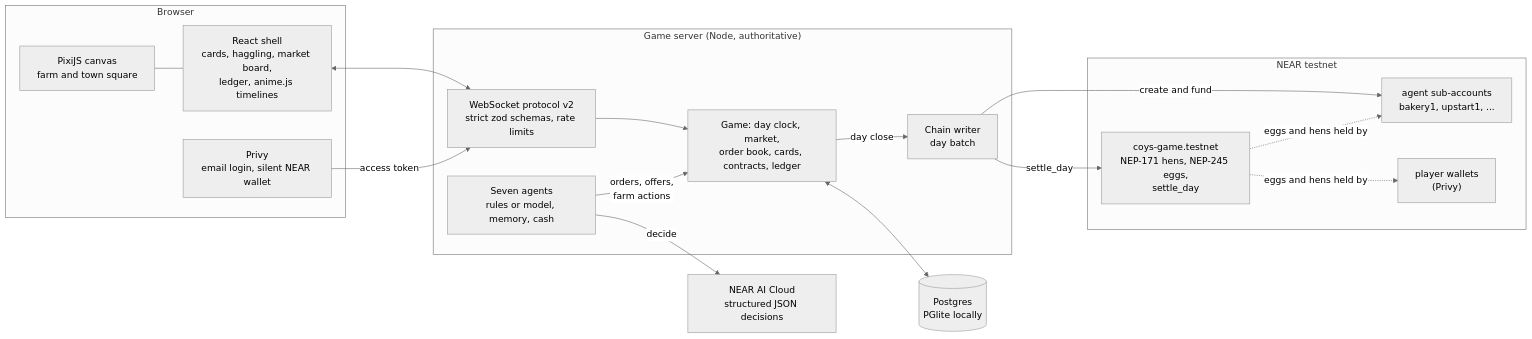
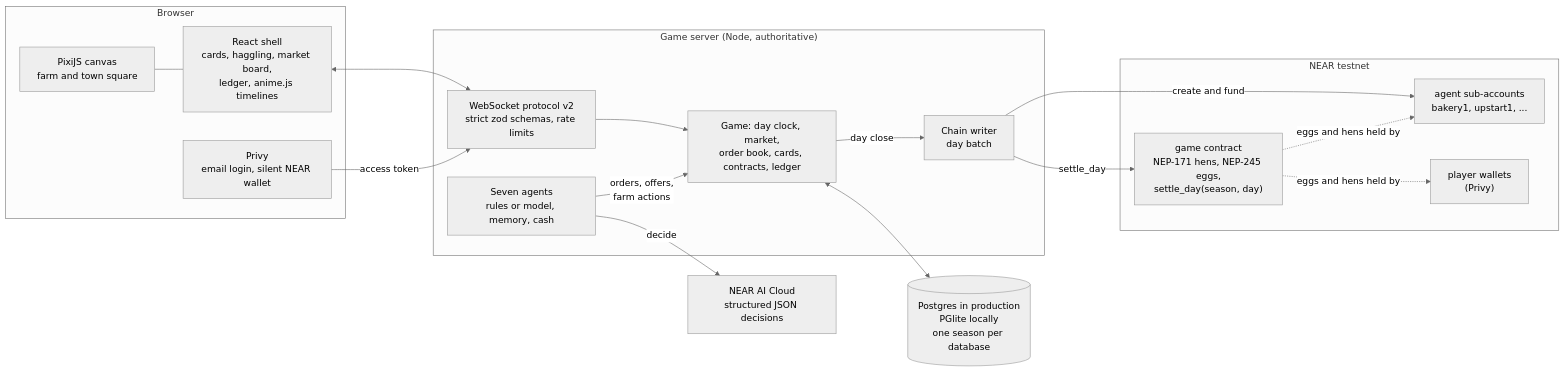
One commit to iam25th1/chickens-of-yolk-street changed the first of 2 diagrams in README.md. Above: the diagram before and after it, drawn with Mermaid (neutral theme). The commit also changed other lines of this file and 14 other files, not shown here.

````diff
--- a/README.md
+++ b/README.md
@@ -75,33 +94,33 @@
 ```mermaid
 flowchart LR
   subgraph Browser
     UI["React shell<br/>cards, haggling, market board,<br/>ledger, anime.js timelines"]
     PX["PixiJS canvas<br/>farm and town square"]
     PV["Privy<br/>email login, silent NEAR wallet"]
   end
   subgraph Server["Game server (Node, authoritative)"]
     WS["WebSocket protocol v2<br/>strict zod schemas, rate limits"]
     GM["Game: day clock, market,<br/>order book, cards, contracts, ledger"]
     AG["Seven agents<br/>rules or model, memory, cash"]
     CW["Chain writer<br/>day batch"]
   end
-  DB[("Postgres<br/>PGlite locally")]
+  DB[("Postgres in production<br/>PGlite locally<br/>one season per database")]
   AI["NEAR AI Cloud<br/>structured JSON decisions"]
   subgraph Testnet["NEAR testnet"]
-    GC["coys-game.testnet<br/>NEP-171 hens, NEP-245 eggs,<br/>settle_day"]
+    GC["game contract<br/>NEP-171 hens, NEP-245 eggs,<br/>settle_day(season, day)"]
     SA["agent sub-accounts<br/>bakery1, upstart1, ..."]
     PW["player wallets<br/>(Privy)"]
   end
   UI <--> WS
   PX --- UI
   PV -- "access token" --> WS
   WS --> GM
   GM <--> DB
   AG -- "orders, offers,<br/>farm actions" --> GM
   AG -- "decide" --> AI
   GM -- "day close" --> CW
   CW -- "settle_day" --> GC
   CW -- "create and fund" --> SA
   GC -. "eggs and hens held by" .-> SA
   GC -. "eggs and hens held by" .-> PW
 ```
````
